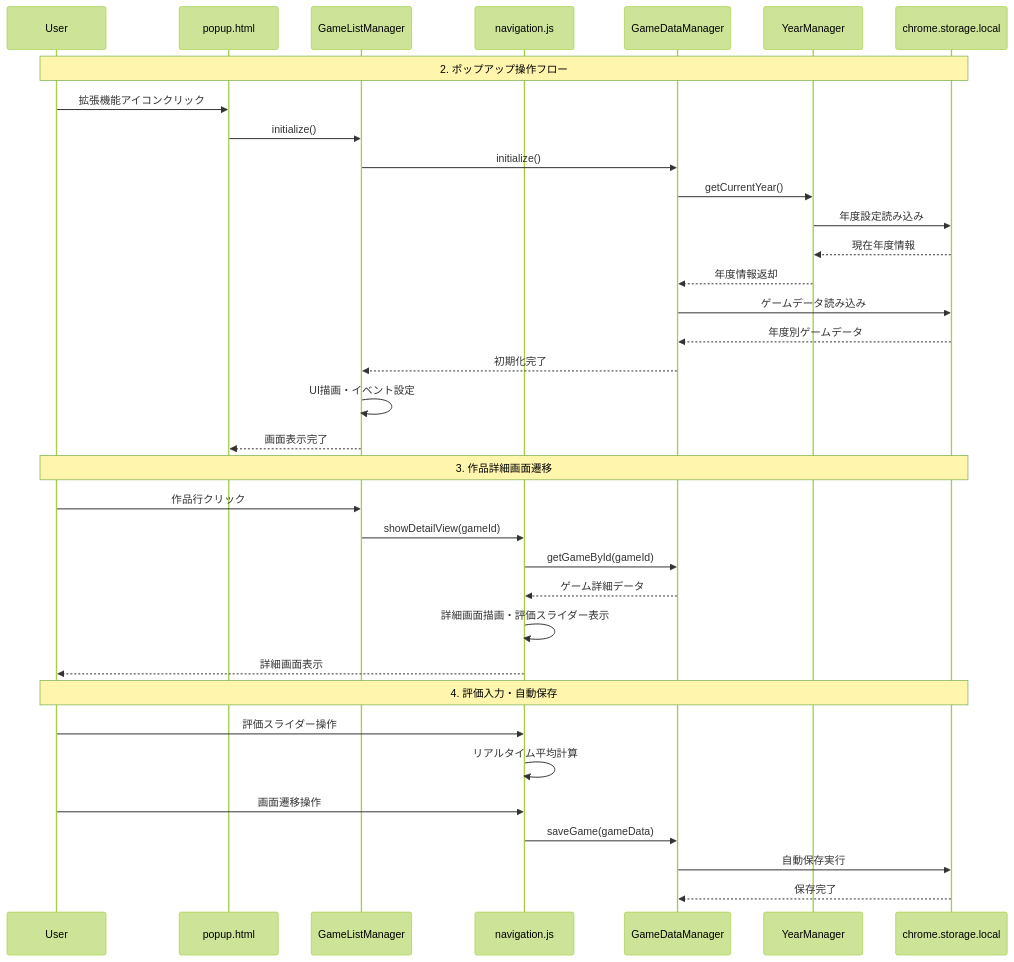
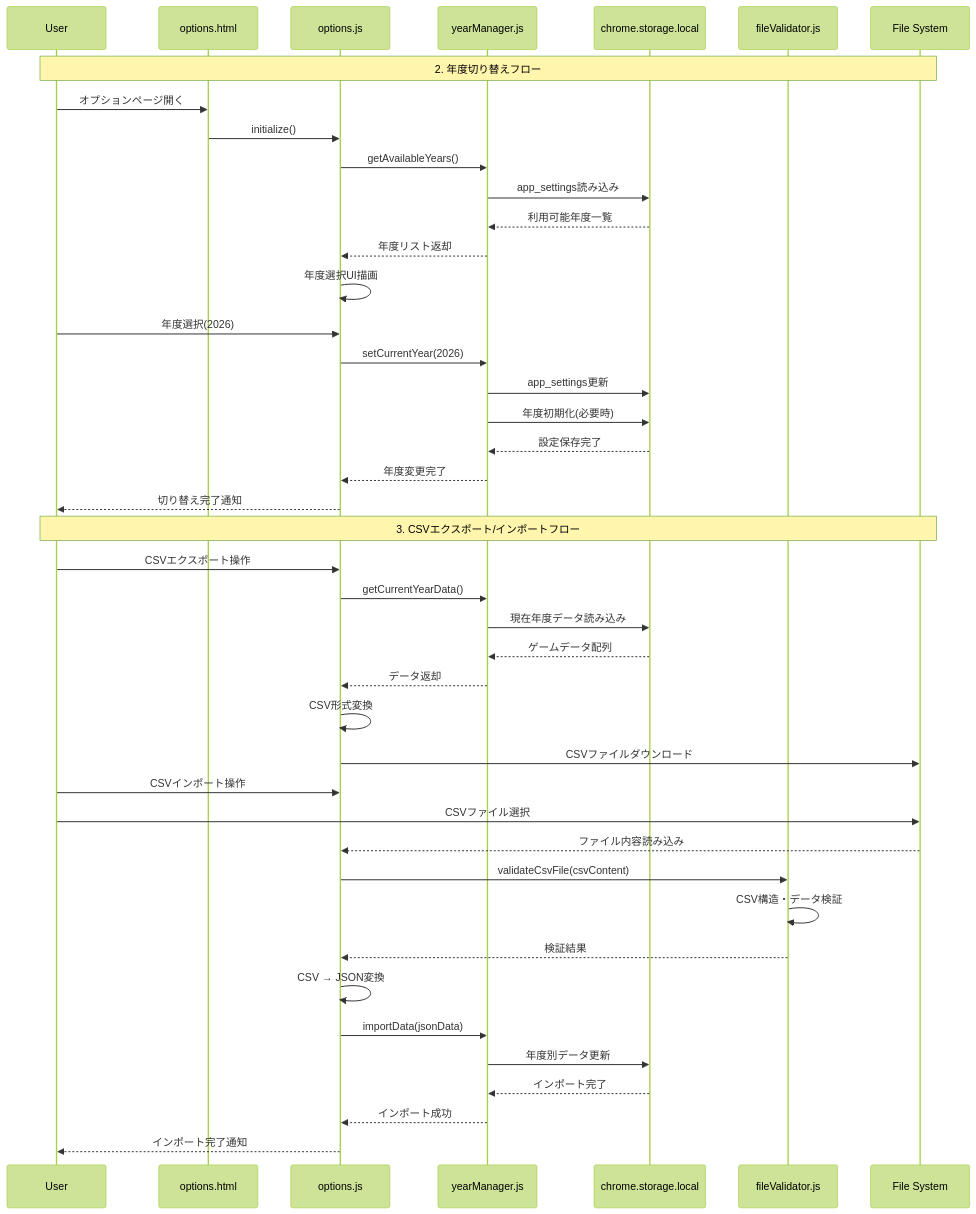
The third of 7 diagrams in .kiro/specs/wudiConsuke-documentation/design.md (actpike/wudiConsuke), drawn with Mermaid (forest theme) before and after one commit. The commit also changed other lines of this file and 18 other files, not shown here.

````diff
--- a/.kiro/specs/wudiConsuke-documentation/design.md
+++ b/.kiro/specs/wudiConsuke-documentation/design.md
@@ -139,40 +168,48 @@
 ```mermaid
 sequenceDiagram
     participant User
-    participant PopupHTML as popup.html
-    participant GameListMgr as GameListManager
-    participant Navigation as navigation.js
-    participant DataManager as GameDataManager
-    participant YearManager as YearManager
+    participant OptionsHTML as options.html
+    participant OptionsJS as options.js
+    participant YearManager as yearManager.js
     participant Storage as chrome.storage.local
+    participant FileValidator as fileValidator.js
+    participant FileSystem as File System
     
-    Note over User,Storage: 2. ポップアップ操作フロー
-    User->>PopupHTML: 拡張機能アイコンクリック
-    PopupHTML->>GameListMgr: initialize()
-    GameListMgr->>DataManager: initialize()
-    DataManager->>YearManager: getCurrentYear()
-    YearManager->>Storage: 年度設定読み込み
-    Storage-->>YearManager: 現在年度情報
-    YearManager-->>DataManager: 年度情報返却
-    DataManager->>Storage: ゲームデータ読み込み
-    Storage-->>DataManager: 年度別ゲームデータ
-    DataManager-->>GameListMgr: 初期化完了
-    GameListMgr->>GameListMgr: UI描画・イベント設定
-    GameListMgr-->>PopupHTML: 画面表示完了
+    Note over User,FileSystem: 2. 年度切り替えフロー
+    User->>OptionsHTML: オプションページ開く
+    OptionsHTML->>OptionsJS: initialize()
+    OptionsJS->>YearManager: getAvailableYears()
+    YearManager->>Storage: app_settings読み込み
+    Storage-->>YearManager: 利用可能年度一覧
+    YearManager-->>OptionsJS: 年度リスト返却
+    OptionsJS->>OptionsJS: 年度選択UI描画
+    User->>OptionsJS: 年度選択(2026)
+    OptionsJS->>YearManager: setCurrentYear(2026)
+    YearManager->>Storage: app_settings更新
+    YearManager->>Storage: 年度初期化(必要時)
+    Storage-->>YearManager: 設定保存完了
+    YearManager-->>OptionsJS: 年度変更完了
+    OptionsJS-->>User: 切り替え完了通知
     
-    Note over User,Storage: 3. 作品詳細画面遷移
-    User->>GameListMgr: 作品行クリック
-    GameListMgr->>Navigation: showDetailView(gameId)
-    Navigation->>DataManager: getGameById(gameId)
-    DataManager-->>Navigation: ゲーム詳細データ
-    Navigation->>Navigation: 詳細画面描画・評価スライダー表示
-    Navigation-->>User: 詳細画面表示
+    Note over User,FileSystem: 3. CSVエクスポート/インポートフロー
+    User->>OptionsJS: CSVエクスポート操作
+    OptionsJS->>YearManager: getCurrentYearData()
+    YearManager->>Storage: 現在年度データ読み込み
+    Storage-->>YearManager: ゲームデータ配列
+    YearManager-->>OptionsJS: データ返却
+    OptionsJS->>OptionsJS: CSV形式変換
+    OptionsJS->>FileSystem: CSVファイルダウンロード
     
-    Note over User,Storage: 4. 評価入力・自動保存
-    User->>Navigation: 評価スライダー操作
-    Navigation->>Navigation: リアルタイム平均計算
-    User->>Navigation: 画面遷移操作
-    Navigation->>DataManager: saveGame(gameData)
-    DataManager->>Storage: 自動保存実行
-    Storage-->>DataManager: 保存完了
+    User->>OptionsJS: CSVインポート操作
+    User->>FileSystem: CSVファイル選択
+    FileSystem-->>OptionsJS: ファイル内容読み込み
+    OptionsJS->>FileValidator: validateCsvFile(csvContent)
+    FileValidator->>FileValidator: CSV構造・データ検証
+    FileValidator-->>OptionsJS: 検証結果
+    OptionsJS->>OptionsJS: CSV → JSON変換
+    OptionsJS->>YearManager: importData(jsonData)
+    YearManager->>Storage: 年度別データ更新
+    Storage-->>YearManager: インポート完了
+    YearManager-->>OptionsJS: インポート成功
+    OptionsJS-->>User: インポート完了通知
 ```
````
